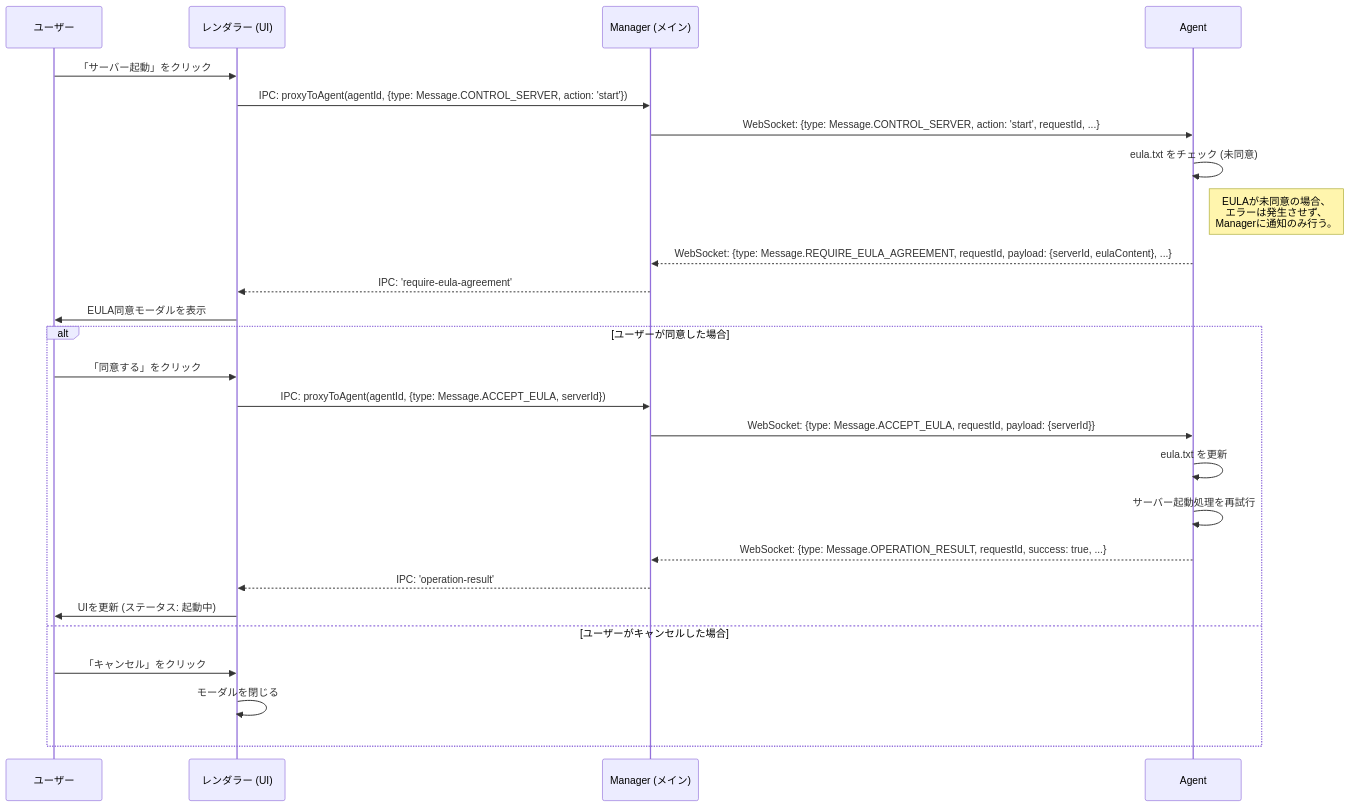
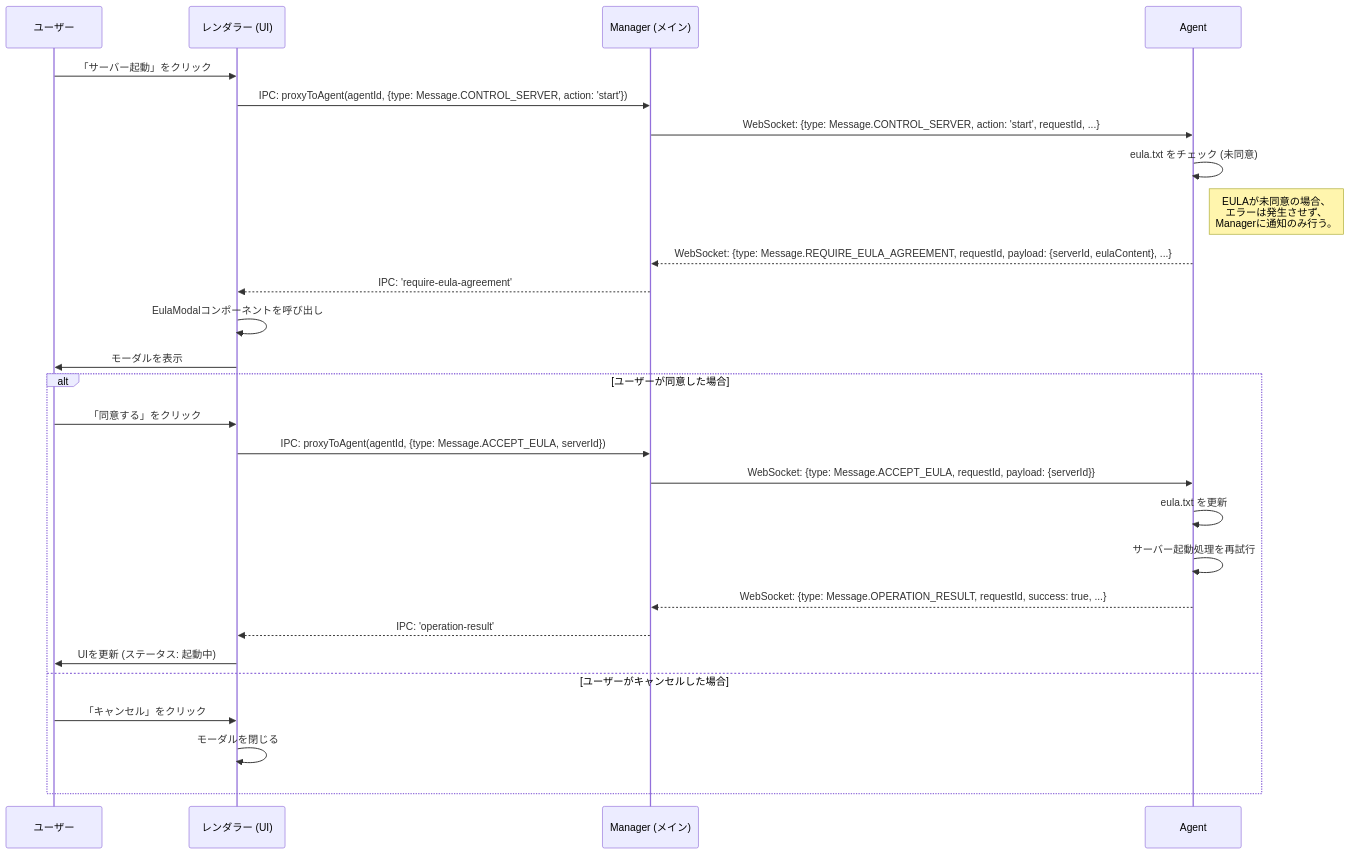
The fifth of 11 diagrams in markdown/docs/COMMUNICATION_FLOW.md (Nekolite-Studio/NL-ServerManager), drawn with Mermaid before and after one commit. The commit also changed other lines of this file and 72 other files, not shown here.

````diff
--- a/markdown/docs/COMMUNICATION_FLOW.md
+++ b/markdown/docs/COMMUNICATION_FLOW.md
@@ -148,31 +148,32 @@
 ```mermaid
 sequenceDiagram
     participant User as ユーザー
     participant Renderer as レンダラー (UI)
     participant Main as Manager (メイン)
     participant Agent
 
     User->>Renderer: 「サーバー起動」をクリック
     Renderer->>Main: IPC: proxyToAgent(agentId, {type: Message.CONTROL_SERVER, action: 'start'})
     Main->>Agent: WebSocket: {type: Message.CONTROL_SERVER, action: 'start', requestId, ...}
 
     Agent->>Agent: eula.txt をチェック (未同意)
     note right of Agent: EULAが未同意の場合、<br>エラーは発生させず、<br>Managerに通知のみ行う。
     Agent-->>Main: WebSocket: {type: Message.REQUIRE_EULA_AGREEMENT, requestId, payload: {serverId, eulaContent}, ...}
     Main-->>Renderer: IPC: 'require-eula-agreement'
-    Renderer->>User: EULA同意モーダルを表示
+    Renderer->>Renderer: EulaModalコンポーネントを呼び出し
+    Renderer->>User: モーダルを表示
 
     alt ユーザーが同意した場合
         User->>Renderer: 「同意する」をクリック
         Renderer->>Main: IPC: proxyToAgent(agentId, {type: Message.ACCEPT_EULA, serverId})
         Main->>Agent: WebSocket: {type: Message.ACCEPT_EULA, requestId, payload: {serverId}}
         Agent->>Agent: eula.txt を更新
         Agent->>Agent: サーバー起動処理を再試行
         Agent-->>Main: WebSocket: {type: Message.OPERATION_RESULT, requestId, success: true, ...}
         Main-->>Renderer: IPC: 'operation-result'
         Renderer->>User: UIを更新 (ステータス: 起動中)
     else ユーザーがキャンセルした場合
         User->>Renderer: 「キャンセル」をクリック
         Renderer->>Renderer: モーダルを閉じる
     end
 ```
````
